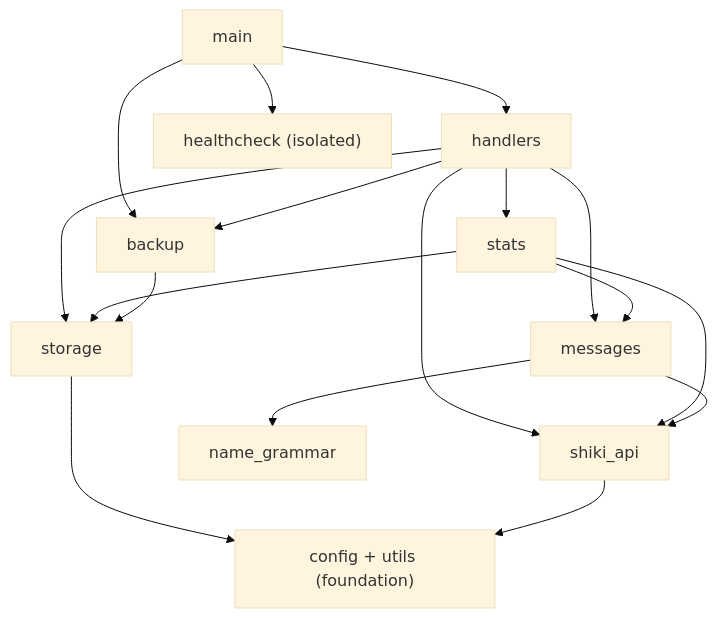
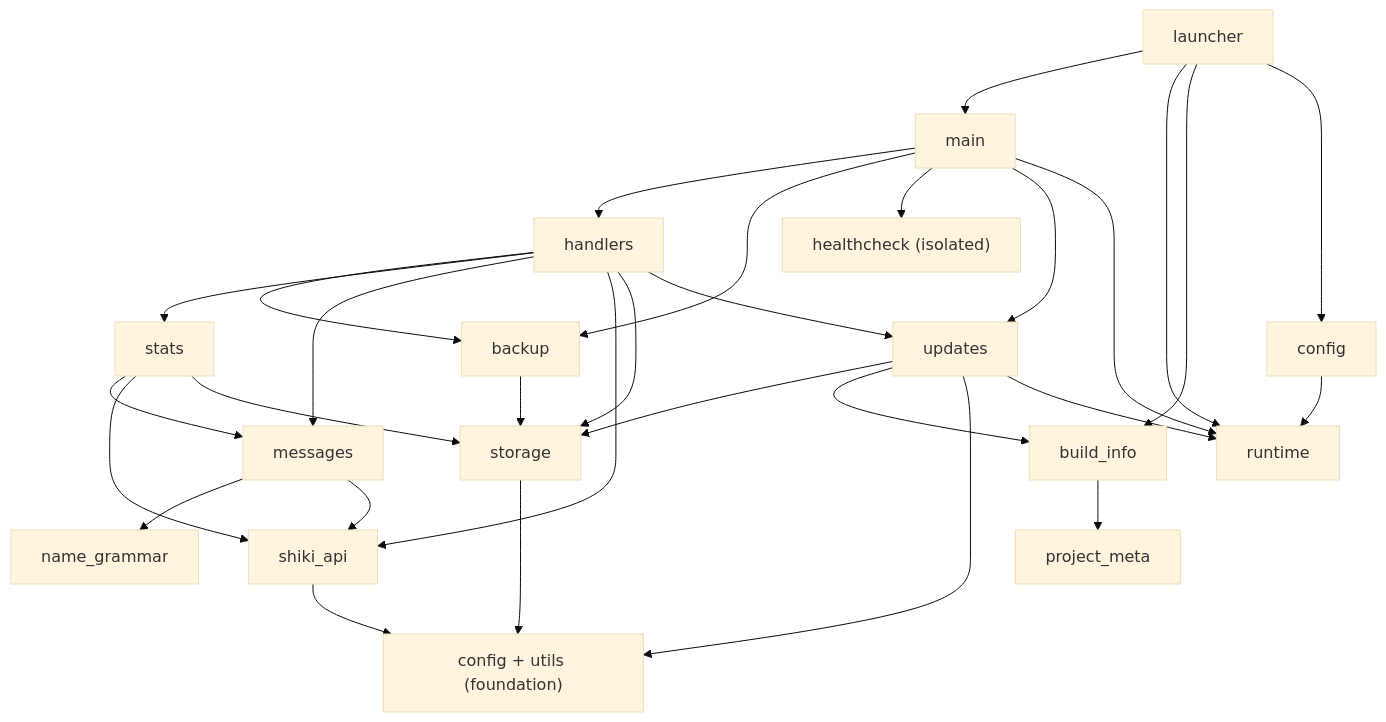
The diagram in AGENTS.md (WorgaNomoR/ShikiUpdatesBot), drawn with Mermaid (base theme) before and after one commit. The commit also changed other lines of this file and 30 other files, not shown here.

````diff
--- a/AGENTS.md
+++ b/AGENTS.md
@@ -63,20 +74,33 @@
 ```mermaid
 graph TD
+    launcher --> main
+    launcher --> runtime
+    launcher --> build_info
+    launcher --> config
     main --> handlers
     main --> backup
     main --> healthcheck
+    main --> updates
+    main --> runtime
     handlers --> backup
     handlers --> stats
     handlers --> messages
     handlers --> shiki_api
     handlers --> storage
+    handlers --> updates
+    updates --> storage
+    updates --> build_info
+    build_info --> project_meta
+    updates --> base
+    updates --> runtime
     stats --> messages
     stats --> shiki_api
     stats --> storage
     messages --> name_grammar
     messages --> shiki_api
     backup --> storage
     storage --> base["config + utils (foundation)"]
     shiki_api --> base
+    config --> runtime
     healthcheck["healthcheck (isolated)"]
 ```
````
